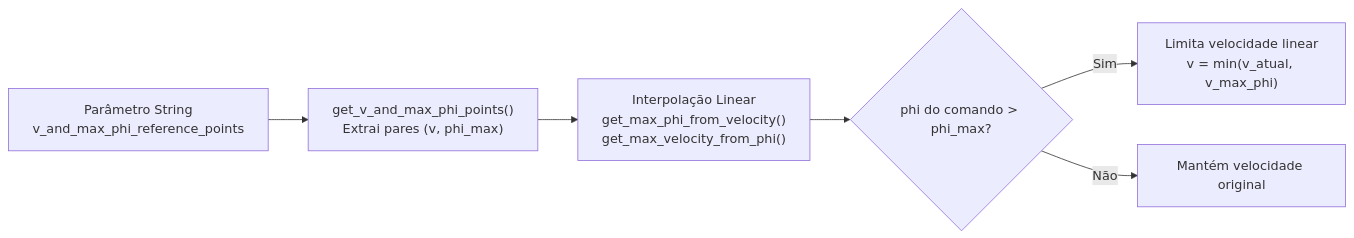
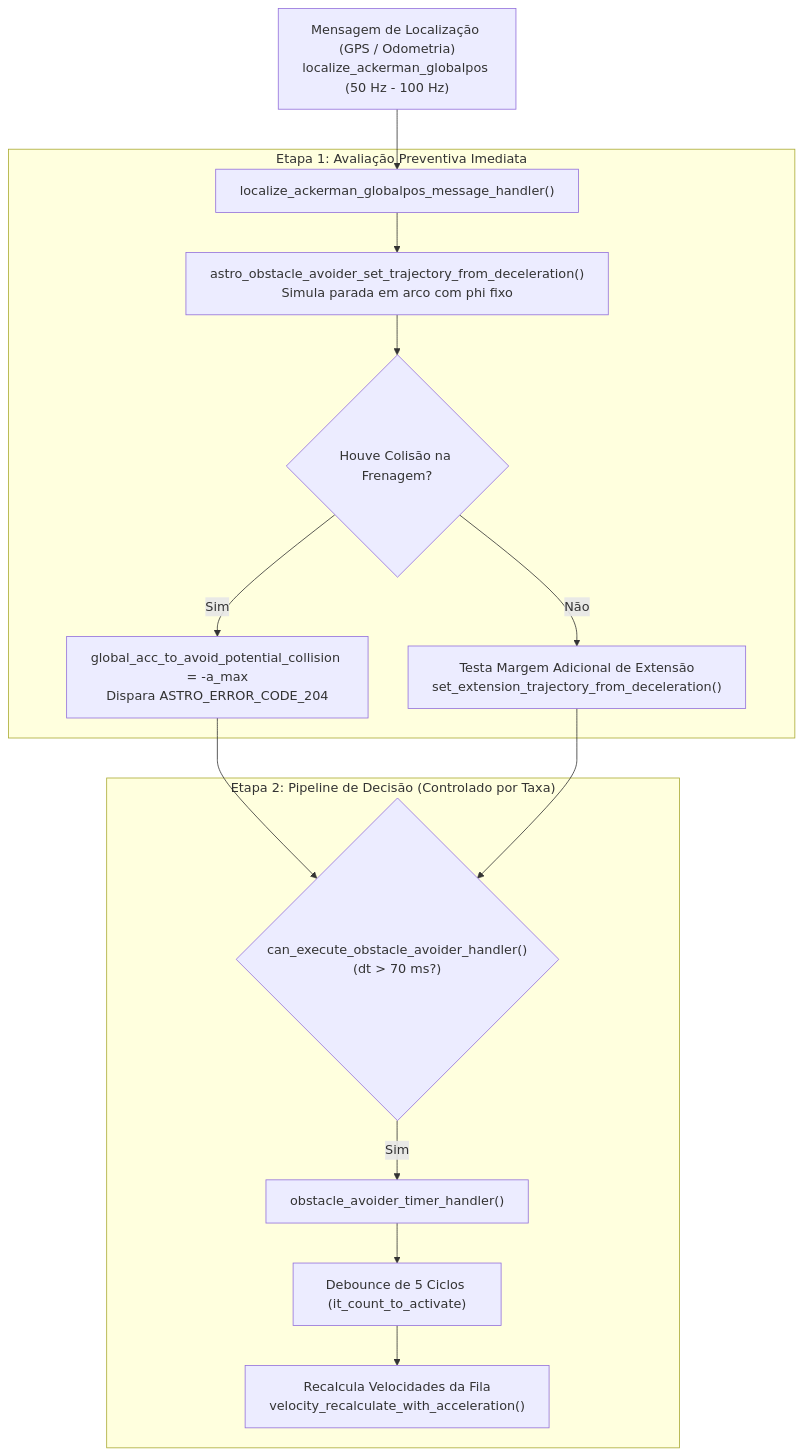
The first of 2 diagrams in README.md (BrenoCSilva/lume), drawn with Mermaid before and after one commit. The commit also changed other lines of this file, not shown here.

````diff
--- a/README.md
+++ b/README.md
@@ -77,8 +16,19 @@
 ```mermaid
-flowchart LR
-    PARAM["Parâmetro String<br/>v_and_max_phi_reference_points"] --> PARSE["get_v_and_max_phi_points()<br/>Extrai pares (v, phi_max)"]
-    PARSE --> INTERP["Interpolação Linear<br/>get_max_phi_from_velocity()<br/>get_max_velocity_from_phi()"]
-    INTERP --> CHECK{"phi do comando > phi_max?"}
-    CHECK -- Sim --> LIMIT["Limita velocidade linear<br/>v = min(v_atual, v_max_phi)"]
-    CHECK -- Não --> OK["Mantém velocidade original"]
+flowchart TD
+    LOC["Mensagem de Localização (GPS / Odometria)<br/>localize_ackerman_globalpos (50 Hz - 100 Hz)"] --> HANDLER["localize_ackerman_globalpos_message_handler()"]
+    
+    subgraph S1 ["Etapa 1: Avaliação Preventiva Imediata"]
+        HANDLER --> PREV["astro_obstacle_avoider_set_trajectory_from_deceleration()<br/>Simula parada em arco com phi fixo"]
+        PREV --> RES{"Houve Colisão na Frenagem?"}
+        RES -- "Sim" --> SET_ACC["global_acc_to_avoid_potential_collision = -a_max<br/>Dispara ASTRO_ERROR_CODE_204"]
+        RES -- "Não" --> CHECK_EXT["Testa Margem Adicional de Extensão<br/>set_extension_trajectory_from_deceleration()"]
+    end
+
+    subgraph S2 ["Etapa 2: Pipeline de Decisão (Controlado por Taxa)"]
+        SET_ACC --> GATE{"can_execute_obstacle_avoider_handler()<br/>(dt &gt; 70 ms?)"}
+        CHECK_EXT --> GATE
+        GATE -- "Sim" --> TIMER["obstacle_avoider_timer_handler()"]
+        TIMER --> DEBOUNCE["Debounce de 5 Ciclos (it_count_to_activate)"]
+        DEBOUNCE --> REC_VEL["Recalcula Velocidades da Fila<br/>velocity_recalculate_with_acceleration()"]
+    end
 ```
````
